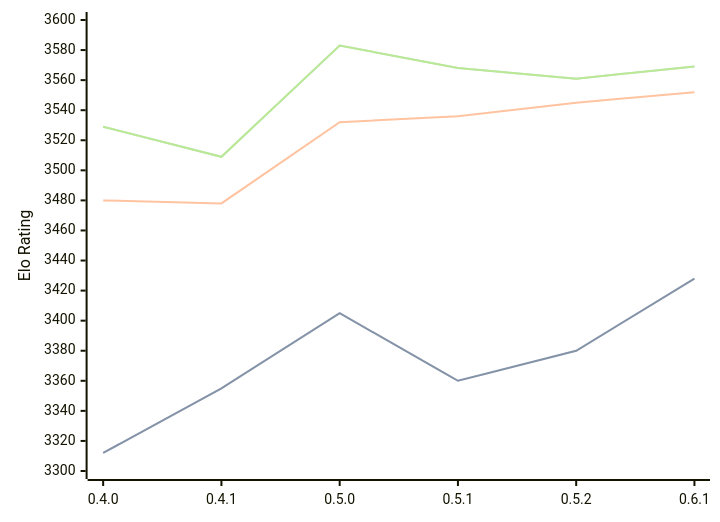
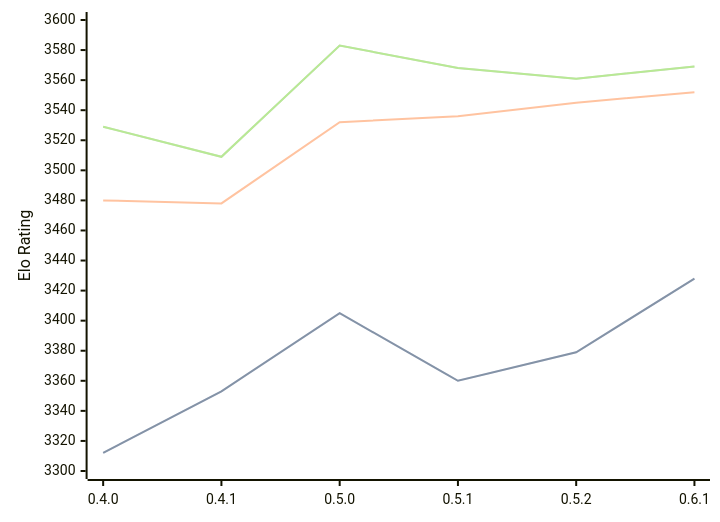
The diagram in engines/Cinder.md (computer-chess-index/cci), drawn with Mermaid before and after one commit. The commit also changed other lines of this file, not shown here.

````diff
--- a/engines/Cinder.md
+++ b/engines/Cinder.md
@@ -37,11 +37,11 @@
 ```mermaid
 %%{init: {"theme":"base","themeVariables":{"seriesColors:['#a3a3a3','#222221','#faa371']}}}%%
 xychart-beta
   x-axis ["0.4.0", "0.4.1", "0.5.0", "0.5.1", "0.5.2", "0.6.1"]
   y-axis "Elo Rating" 3300 --> 3600
-  line "" [3312, 3355, 3405, 3360, 3380, 3428]
-  line "STC (8.0+0.08s)" [3312, 3355, 3405, 3360, 3380, 3428]
+  line "" [3312, 3353, 3405, 3360, 3379, 3428]
+  line "STC (8.0+0.08s)" [3312, 3353, 3405, 3360, 3379, 3428]
   line "LTC (60.0+0.60s)" [3480, 3478, 3532, 3536, 3545, 3552]
   line "" [3529, 3509, 3583, 3568, 3561, 3569]
   line "VLTC (2m24s+1.12s)" [3529, 3509, 3583, 3568, 3561, 3569]
 ```
````
